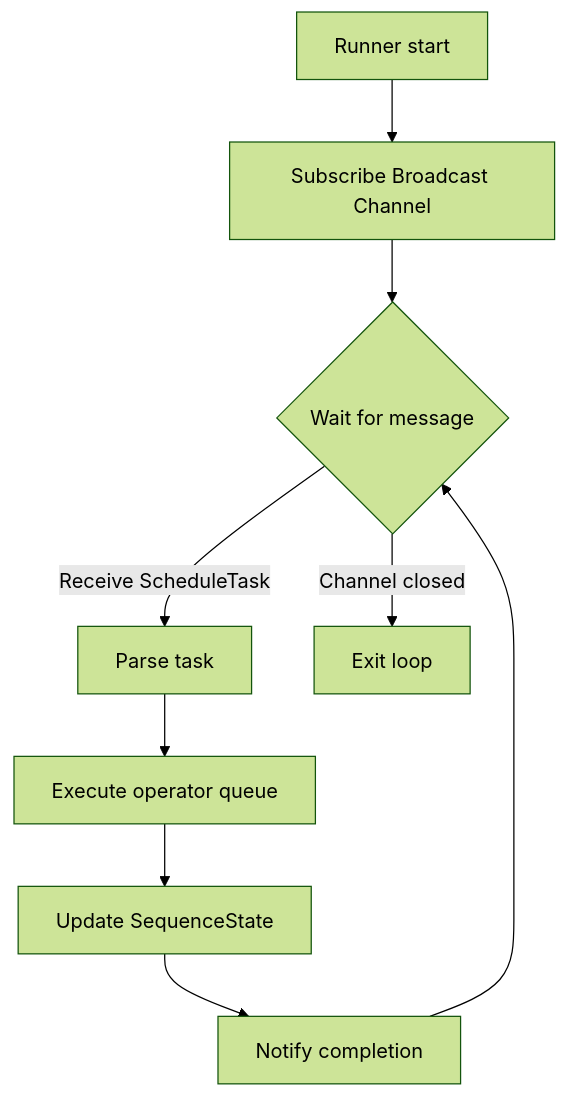
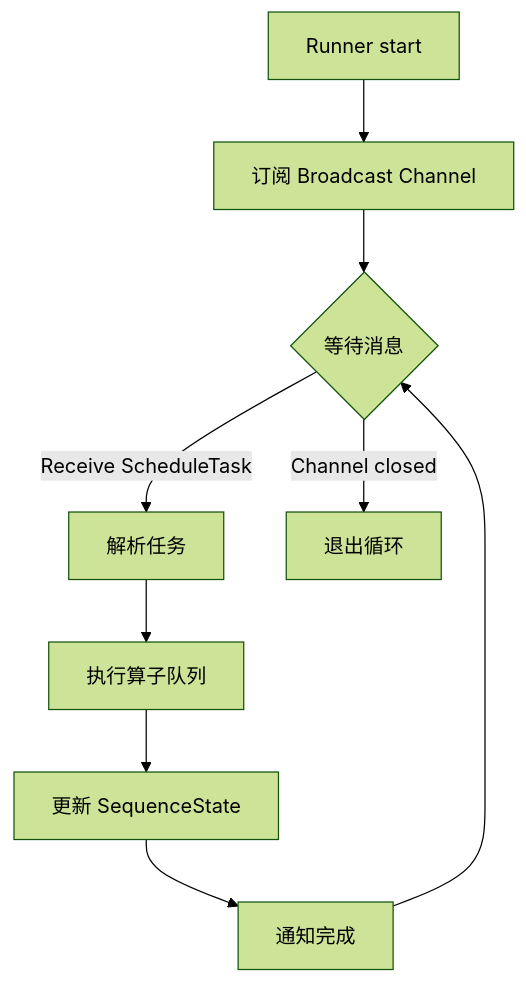
The sixth of 8 diagrams in docs/design/runtime/schedule.md (lucienhuangfu/eLLM), drawn with Mermaid (forest theme) before and after one commit. The commit also changed other lines of this file and 8 other files, not shown here.

````diff
--- a/docs/design/runtime/schedule.md
+++ b/docs/design/runtime/schedule.md
@@ -388,11 +436,11 @@
 ```mermaid
 flowchart TD
-    A[Runner start] --> B[Subscribe Broadcast Channel]
-    B --> C{Wait for message}
-    C -->|Receive ScheduleTask| D[Parse task]
-    D --> E[Execute operator queue]
-    E --> F[Update SequenceState]
-    F --> G[Notify completion]
+    A[Runner start] --> B[订阅 Broadcast Channel]
+    B --> C{等待消息}
+    C -->|Receive ScheduleTask| D[解析任务]
+    D --> E[执行算子队列]
+    E --> F[更新 SequenceState]
+    F --> G[通知完成]
     G --> C
-    C -->|Channel closed| H[Exit loop]
+    C -->|Channel closed| H[退出循环]
 ```
````
